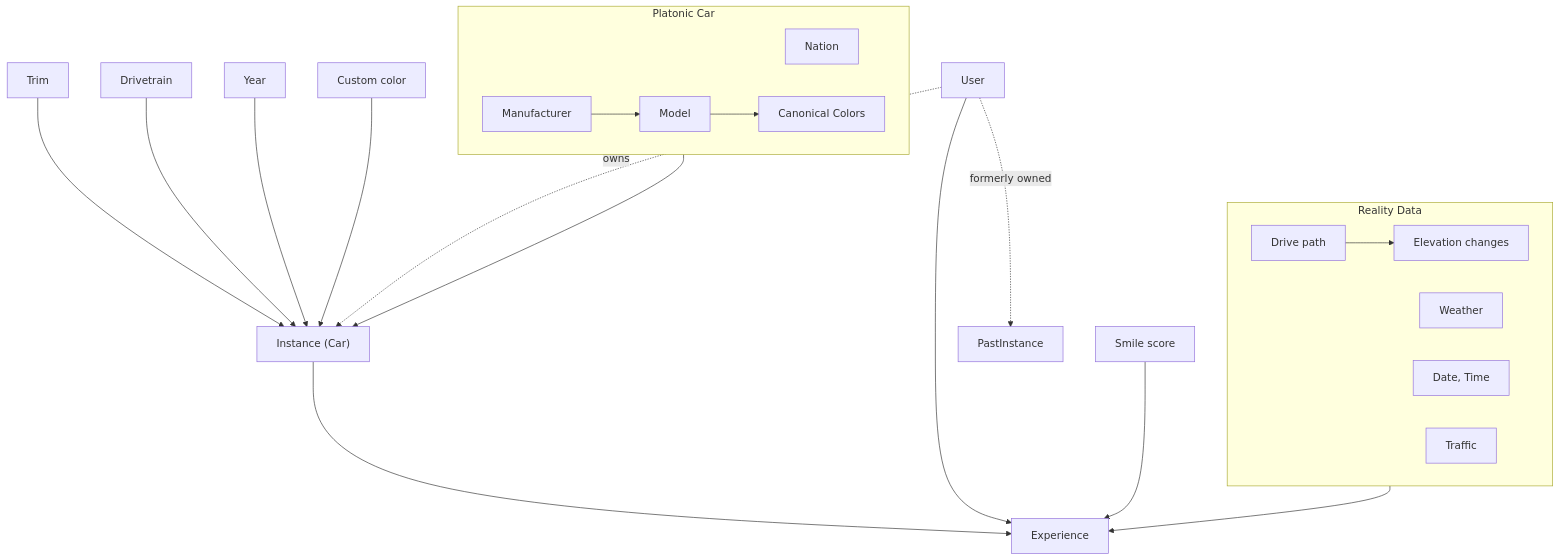
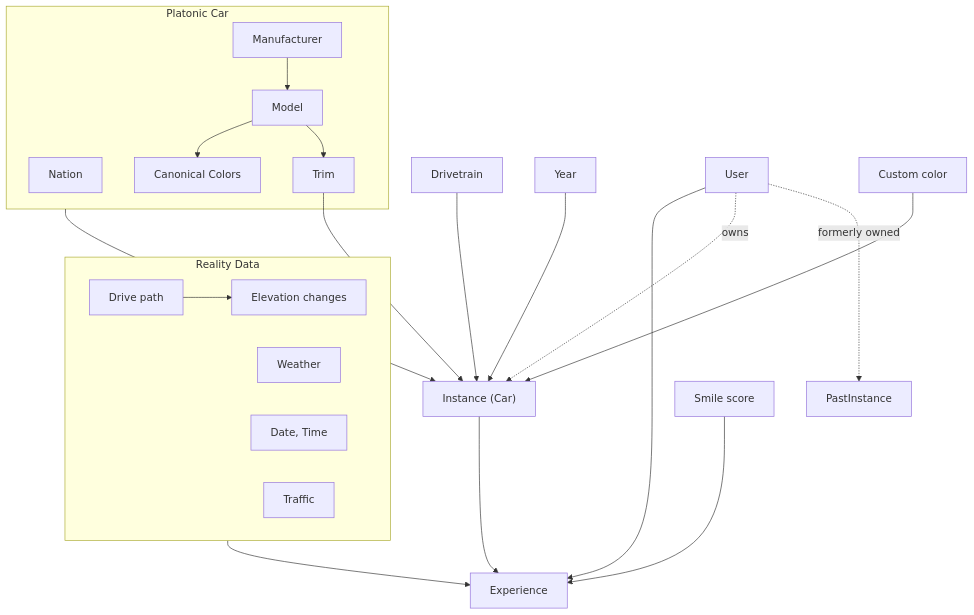
One commit to UUeird/dyno changed the diagram in docs/product.md. Above: the diagram before and after it, drawn with Mermaid.

Commit message:
Move Trim inside Platonic Car, fed by Model
Trim --> Instance edge kept, now crossing the group boundary.

````diff
--- a/docs/product.md
+++ b/docs/product.md
@@ -7,25 +7,26 @@
 ```mermaid
 flowchart TD
     subgraph PlatonicCar["Platonic Car"]
         Nation
         Manufacturer --> Model
         Model --> CanonicalColors["Canonical Colors"]
+        Model --> Trim
     end
     PlatonicCar --> Instance["Instance (Car)"] --> Experience
     Trim --> Instance
     Drivetrain --> Instance
     Year --> Instance
     User --> Experience
     CustomColor["Custom color"] --> Instance
     User -. owns .-> Instance
     User -. formerly owned .-> PastInstance
     SmileScore["Smile score"] --> Experience
 
     subgraph RealityData["Reality Data"]
         DrivePath["Drive path"] --> Elevation["Elevation changes"]
         Weather
         DateTime["Date, Time"]
         Traffic
     end
     RealityData --> Experience
 ```
````
